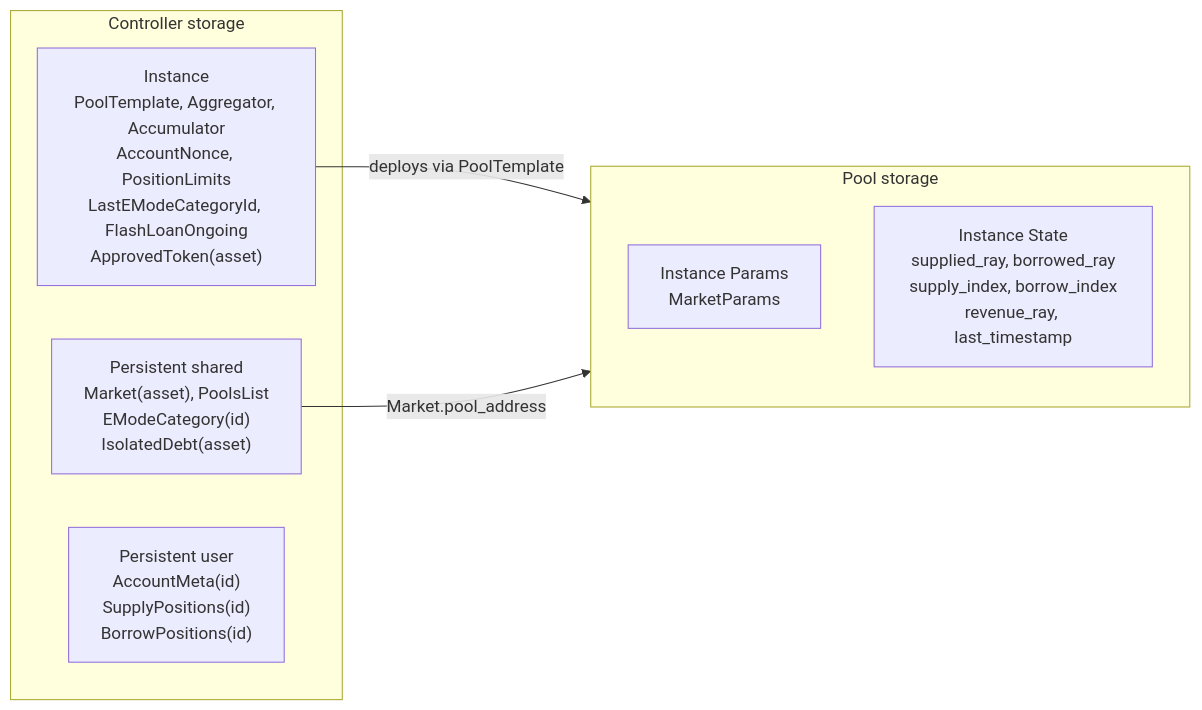
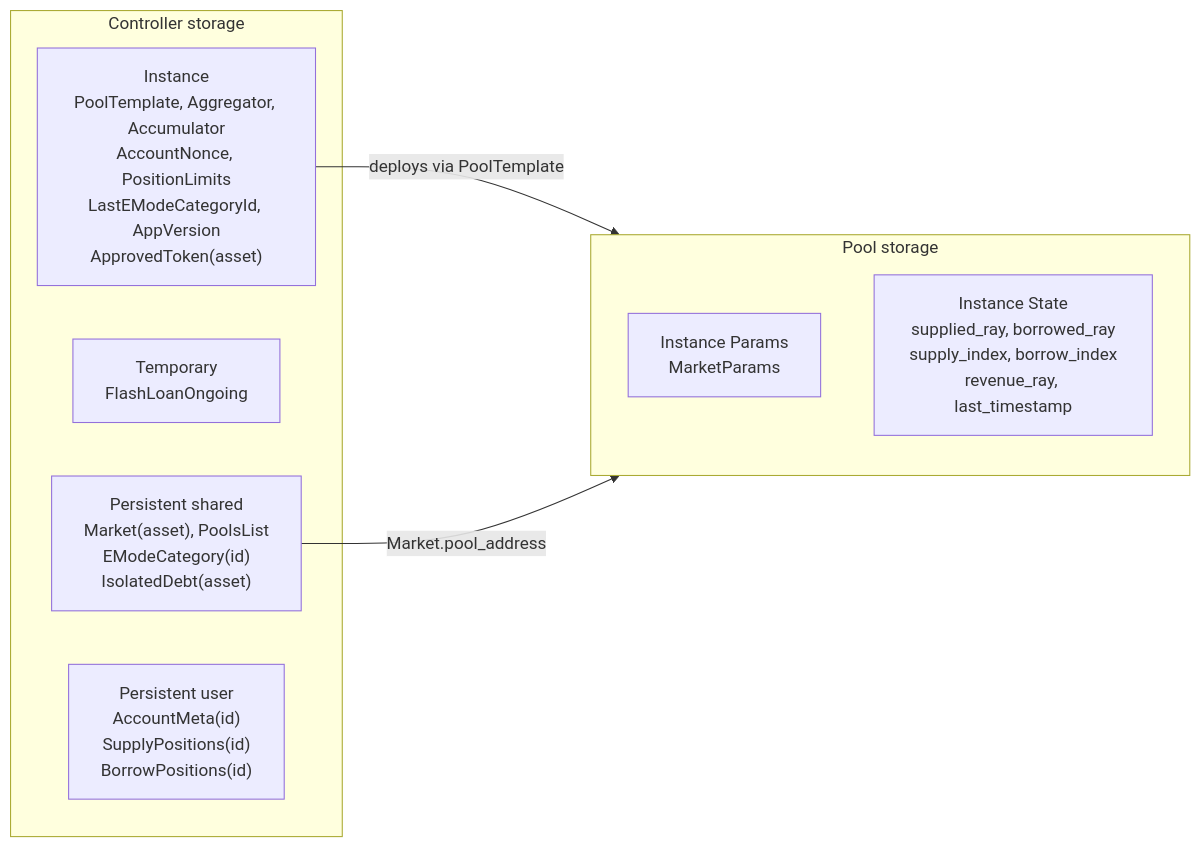
One commit to XOXNO/rs-lending-xlm changed diagram 12 of 14 in SCF_BUILD_ARCHITECTURE.md. Above: the diagram before and after it, drawn with Mermaid. The commit also changed other lines of this file and 39 other files, not shown here.

First line of the commit message:
docs: resync architecture docs with code and polish for clarity

````diff
--- a/SCF_BUILD_ARCHITECTURE.md
+++ b/SCF_BUILD_ARCHITECTURE.md
@@ -879,16 +990,17 @@
 ```mermaid
 flowchart LR
     subgraph ControllerStorage["Controller storage"]
-        I["Instance<br/>PoolTemplate, Aggregator, Accumulator<br/>AccountNonce, PositionLimits<br/>LastEModeCategoryId, FlashLoanOngoing<br/>ApprovedToken(asset)"]
+        I["Instance<br/>PoolTemplate, Aggregator, Accumulator<br/>AccountNonce, PositionLimits<br/>LastEModeCategoryId, AppVersion<br/>ApprovedToken(asset)"]
+        T["Temporary<br/>FlashLoanOngoing"]
         M["Persistent shared<br/>Market(asset), PoolsList<br/>EModeCategory(id)<br/>IsolatedDebt(asset)"]
         U["Persistent user<br/>AccountMeta(id)<br/>SupplyPositions(id)<br/>BorrowPositions(id)"]
     end
 
     subgraph PoolStorage["Pool storage"]
         PS["Instance Params<br/>MarketParams"]
         ST["Instance State<br/>supplied_ray, borrowed_ray<br/>supply_index, borrow_index<br/>revenue_ray, last_timestamp"]
     end
 
     I -->|"deploys via PoolTemplate"| PoolStorage
     M -->|"Market.pool_address"| PoolStorage
 ```
````
